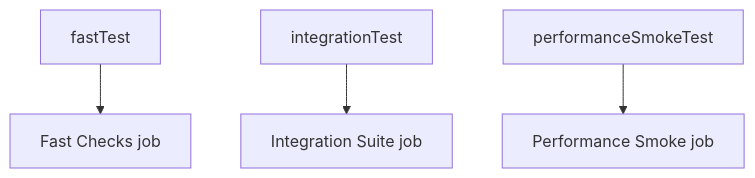
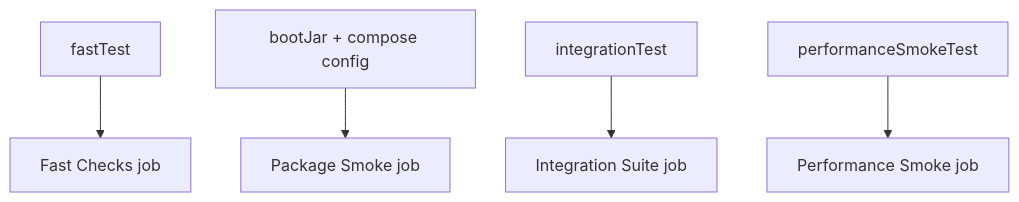
One commit to answndud/Kindergarten_ERP changed the first of 2 diagrams in blog/15-github-actions-and-tagged-test-suites.md. Above: the diagram before and after it, drawn with Mermaid. The commit also changed other lines of this file and 32 other files, not shown here.

Commit message:
feat: harden outbox dispatch and package smoke contracts

````diff
--- a/blog/15-github-actions-and-tagged-test-suites.md
+++ b/blog/15-github-actions-and-tagged-test-suites.md
@@ -76,6 +77,7 @@
 ```mermaid
 flowchart TD
     A["fastTest"] --> D["Fast Checks job"]
-    B["integrationTest"] --> E["Integration Suite job"]
-    C["performanceSmokeTest"] --> F["Performance Smoke job"]
+    B["bootJar + compose config"] --> E["Package Smoke job"]
+    C["integrationTest"] --> F["Integration Suite job"]
+    G["performanceSmokeTest"] --> H["Performance Smoke job"]
 ```
````
